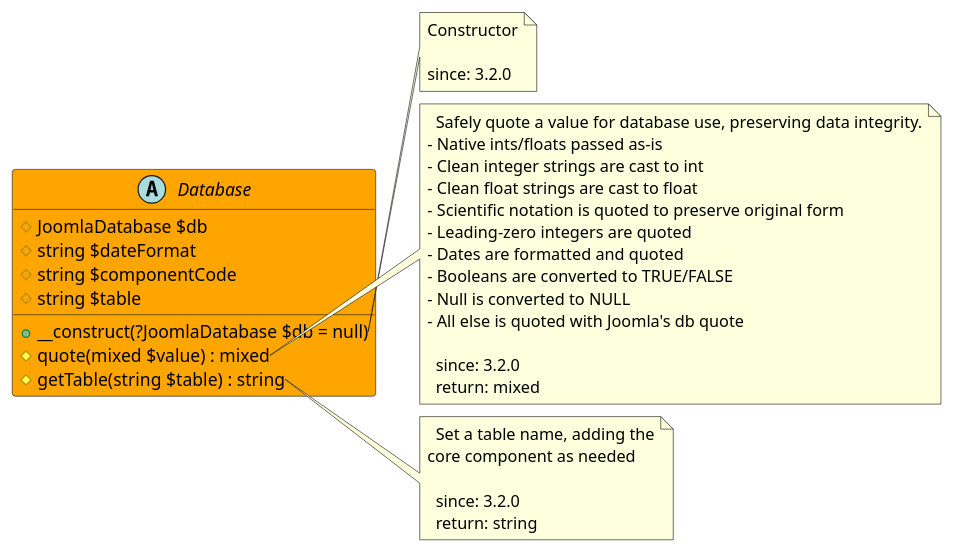
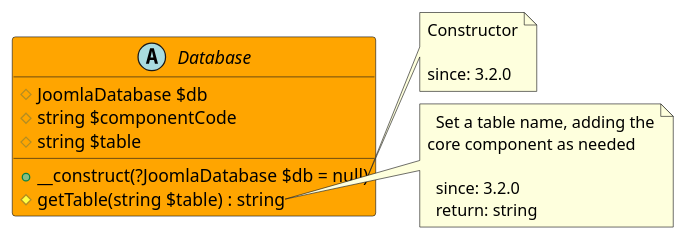
The diagram in src/6cbef8f8-4813-48e3-b05a-65e1aea95171/README.md (joomengine/super-powers), drawn with PlantUML before and after one commit.

Commit message:
Update VDM.Abstraction.Database readme file

````diff
--- a/src/6cbef8f8-4813-48e3-b05a-65e1aea95171/README.md
+++ b/src/6cbef8f8-4813-48e3-b05a-65e1aea95171/README.md
@@ -5,45 +5,27 @@
 ```uml
 @startuml
 
 abstract Database  #Orange {
   # JoomlaDatabase $db
-  # string $dateFormat
   # string $componentCode
   # string $table
   + __construct(?JoomlaDatabase $db = null)
-  # quote(mixed $value) : mixed
   # getTable(string $table) : string
 }
 
 note right of Database::__construct
   Constructor
 
   since: 3.2.0
-end note
-
-note right of Database::quote
-  Safely quote a value for database use, preserving data integrity.
-- Native ints/floats passed as-is
-- Clean integer strings are cast to int
-- Clean float strings are cast to float
-- Scientific notation is quoted to preserve original form
-- Leading-zero integers are quoted
-- Dates are formatted and quoted
-- Booleans are converted to TRUE/FALSE
-- Null is converted to NULL
-- All else is quoted with Joomla's db quote
-
-  since: 3.2.0
-  return: mixed
 end note
 
 note right of Database::getTable
   Set a table name, adding the
 core component as needed
 
   since: 3.2.0
   return: string
 end note
 
 @enduml
 ```
````
